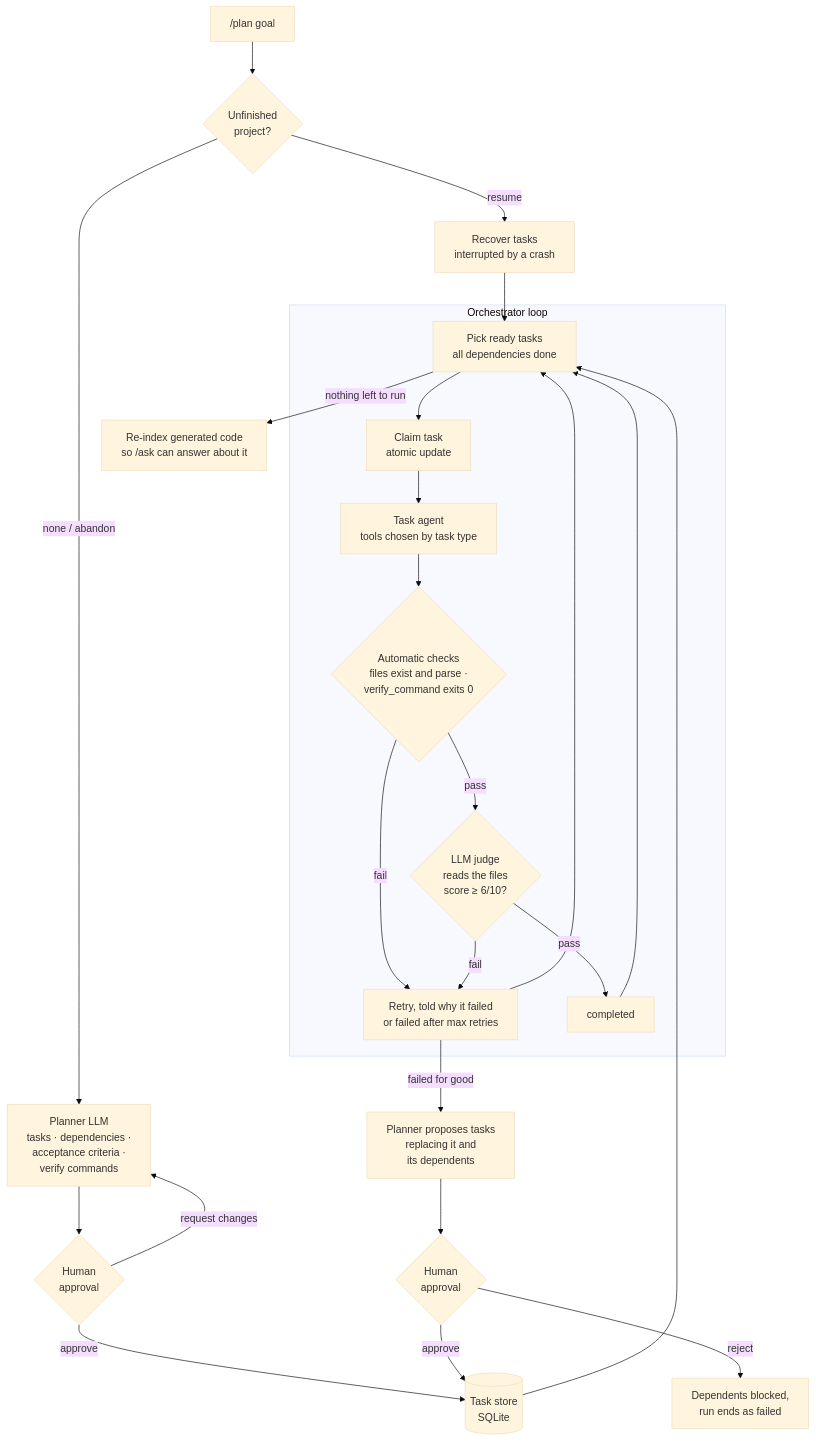
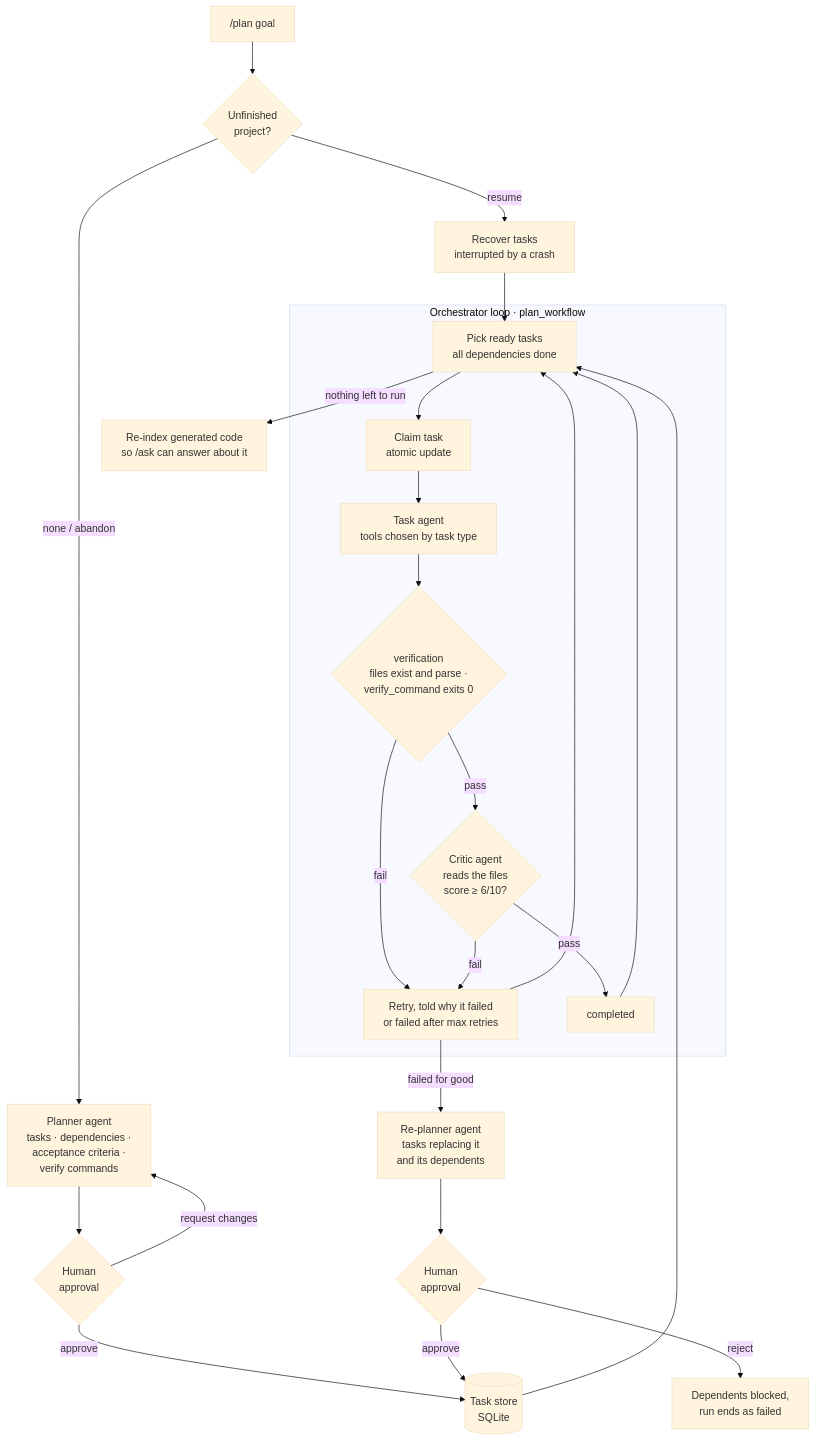
Before and after one commit to Parth-Babariya/RepoPilot: the sixth of 10 diagrams in README.md, drawn with Mermaid (base theme). The commit also changed other lines of this file, not shown here.

Commit message:
README: layered architecture diagram, Agents section with roles table and /plan collaboration diagram

````diff
--- a/README.md
+++ b/README.md
@@ -203,29 +274,29 @@
 ```mermaid
 flowchart TD
     goal["/plan goal"] --> exists{"Unfinished<br/>project?"}
     exists -- "resume" --> recover["Recover tasks<br/>interrupted by a crash"]
-    exists -- "none / abandon" --> planner["Planner LLM<br/>tasks · dependencies ·<br/>acceptance criteria ·<br/>verify commands"]
+    exists -- "none / abandon" --> planner["Planner agent<br/>tasks · dependencies ·<br/>acceptance criteria ·<br/>verify commands"]
     planner --> approve{"Human<br/>approval"}
     approve -- "request changes" --> planner
     approve -- "approve" --> store[("Task store<br/>SQLite")]
     store --> ready
     recover --> ready
 
-    subgraph orchestrator["Orchestrator loop"]
+    subgraph orchestrator["Orchestrator loop · plan_workflow"]
         ready["Pick ready tasks<br/>all dependencies done"] --> claim["Claim task<br/>atomic update"]
         claim --> worker["Task agent<br/>tools chosen by task type"]
-        worker --> checks{"Automatic checks<br/>files exist and parse ·<br/>verify_command exits 0"}
-        checks -- "pass" --> judge{"LLM judge<br/>reads the files<br/>score ≥ 6/10?"}
+        worker --> checks{"verification<br/>files exist and parse ·<br/>verify_command exits 0"}
+        checks -- "pass" --> judge{"Critic agent<br/>reads the files<br/>score ≥ 6/10?"}
         checks -- "fail" --> retry["Retry, told why it failed<br/>or failed after max retries"]
         judge -- "pass" --> done["completed"]
         judge -- "fail" --> retry
         retry --> ready
         done --> ready
     end
 
-    retry -- "failed for good" --> replan["Planner proposes tasks<br/>replacing it and<br/>its dependents"]
+    retry -- "failed for good" --> replan["Re-planner agent<br/>tasks replacing it<br/>and its dependents"]
     replan --> approve2{"Human<br/>approval"}
     approve2 -- "approve" --> store
     approve2 -- "reject" --> blocked["Dependents blocked,<br/>run ends as failed"]
     ready -- "nothing left to run" --> reindex["Re-index generated code<br/>so /ask can answer about it"]
 ```
````
